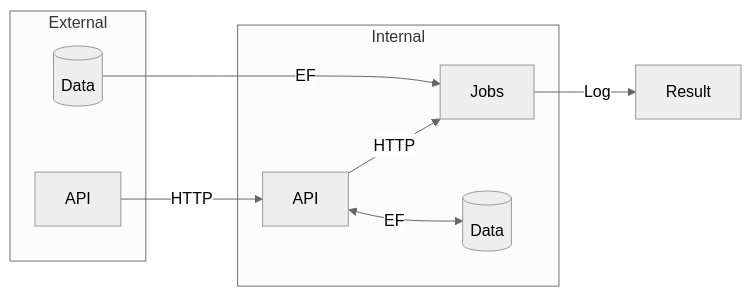
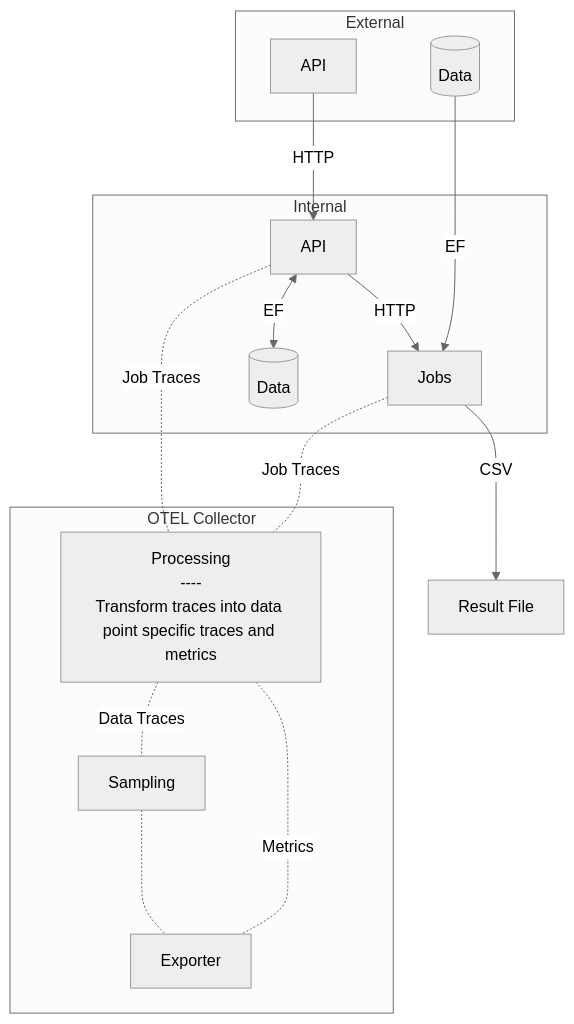
The diagram in doc/building-block-view.md (Xoechz/DITO), drawn with Mermaid (neutral theme) before and after one commit.

Commit message:
updated building block view

```diff
--- a/doc/building-block-view.md
+++ b/doc/building-block-view.md
@@ -1,21 +1,34 @@
 :::mermaid
-flowchart LR
+flowchart TB
 subgraph Internal
 API;
 Jobs;
 DB[(Data)];
 end
 subgraph External
 eAPI[API];
 eDB[(Data)];
 end
 
 eAPI --HTTP--> API;
 eDB --EF--> Jobs;
 
 API --HTTP--> Jobs;
 API <--EF--> DB;
 
-Jobs --Log--> Result;
+Jobs --CSV--> Result[Result File];
+
+subgraph OTEL Collector
+Process[Processing<br>----<br>Transform traces into data point specific traces and metrics]
+Sampling
+Exporter
+end
+
+Jobs -. Job Traces .- Process;
+API -. Job Traces .- Process;
+
+Process -. Data Traces .- Sampling;
+Process -. Metrics .- Exporter;
+Sampling -..- Exporter;
 
 :::
```
